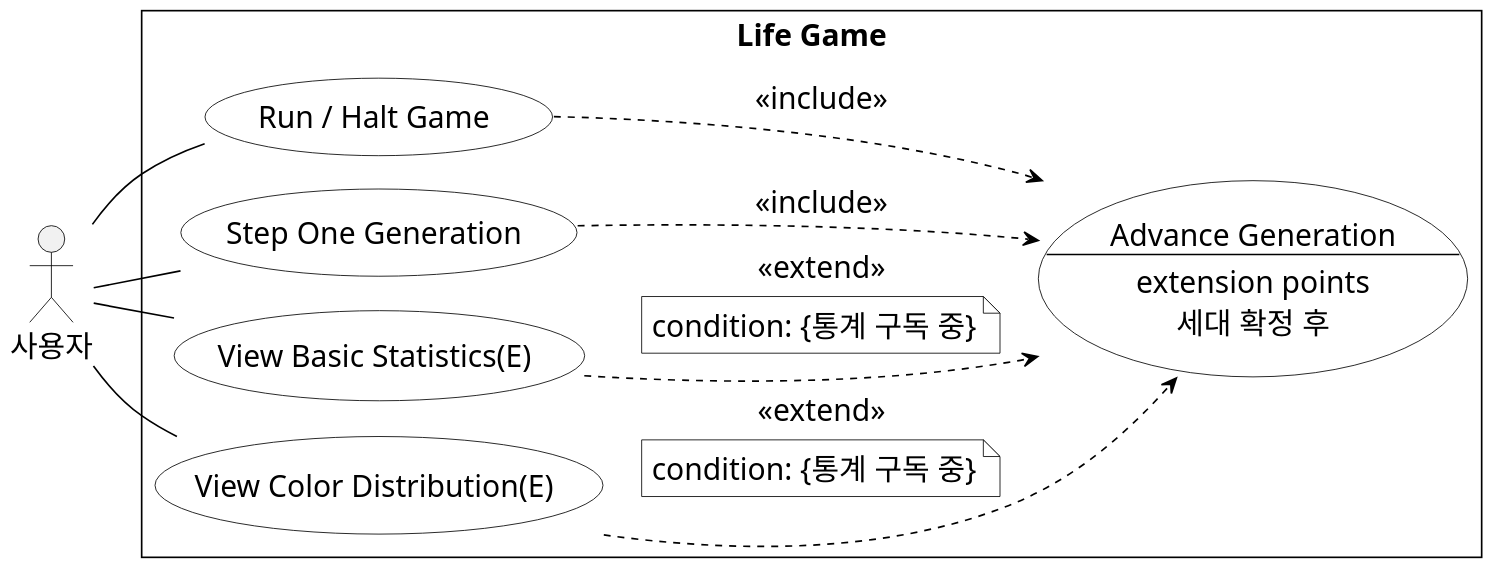
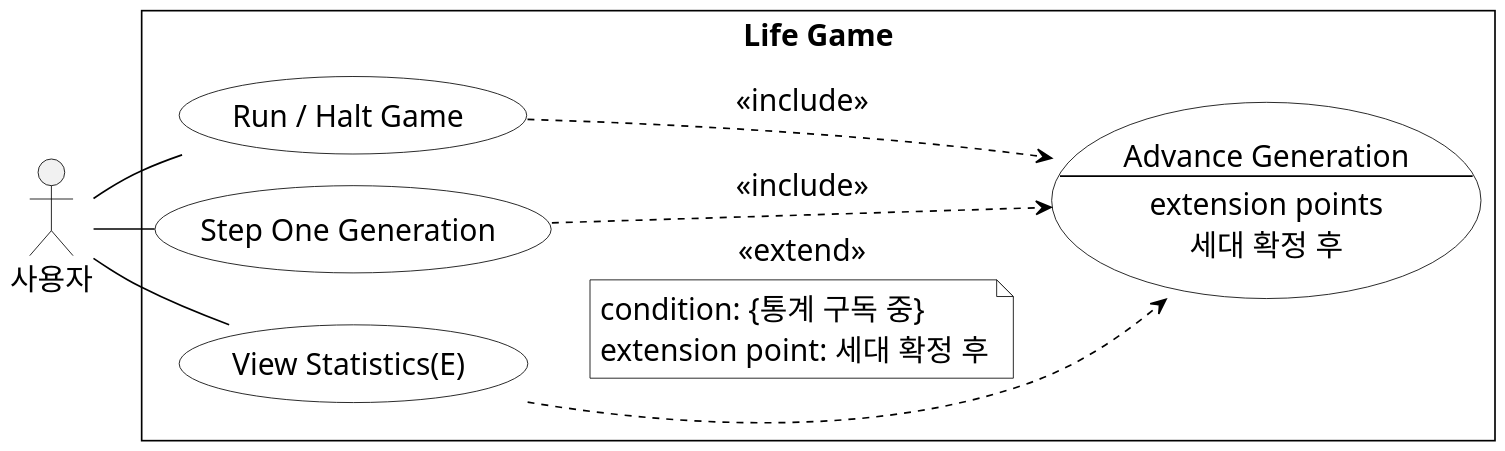
The diagram in docs/statistics/diagrams/statistics-use-cases.puml (mckimR1972/DP_team_project), drawn with PlantUML before and after one commit. The commit also changed 5 other files, not shown here.

First line of the commit message:
docs: 통계 유스케이스 통일 및 상태 다이어그램 추가

```diff
--- a/docs/statistics/diagrams/statistics-use-cases.puml
+++ b/docs/statistics/diagrams/statistics-use-cases.puml
@@ -1,50 +1,45 @@
 @startuml statistics-use-cases
 !pragma layout smetana
 left to right direction
 skinparam linetype polyline
 skinparam defaultFontName "Malgun Gothic"
 skinparam defaultFontSize 18
 skinparam dpi 160
 skinparam monochrome true
 skinparam shadowing false
 skinparam roundcorner 0
 skinparam backgroundColor white
 skinparam ArrowColor black
 skinparam actorBorderColor black
 skinparam actorFontColor black
 skinparam rectangleBorderColor black
 skinparam rectangleBackgroundColor white
 skinparam usecaseBorderColor black
 skinparam usecaseBackgroundColor white
 skinparam usecaseFontColor black
 skinparam noteBackgroundColor white
 skinparam noteBorderColor black
 skinparam nodesep 45
 skinparam ranksep 65
 
 actor "사용자" as Player
 rectangle "Life Game" {
     together {
     usecase "Run / Halt Game" as RunGame
     usecase "Step One Generation" as StepGame
-    usecase "View Basic Statistics(E)" as BasicStatistics
-    usecase "View Color Distribution(E)" as ColorStatistics
+    usecase "View Statistics(E)" as ViewStatistics
     }
     usecase "Advance Generation\n--\nextension points\n세대 확정 후" as AdvanceGeneration
 
     RunGame ..> AdvanceGeneration : <<include>>
     StepGame ..> AdvanceGeneration : <<include>>
-    BasicStatistics ..> AdvanceGeneration : <<extend>>
+    ViewStatistics ..> AdvanceGeneration : <<extend>>
     note on link
       condition: {통계 구독 중}
-    end note
-    ColorStatistics ..> AdvanceGeneration : <<extend>>
-    note on link
-      condition: {통계 구독 중}
+      extension point: 세대 확정 후
     end note
 }
 Player -- RunGame
 Player -- StepGame
-Player -- BasicStatistics
-Player -- ColorStatistics
+Player -- ViewStatistics
 @enduml
```
